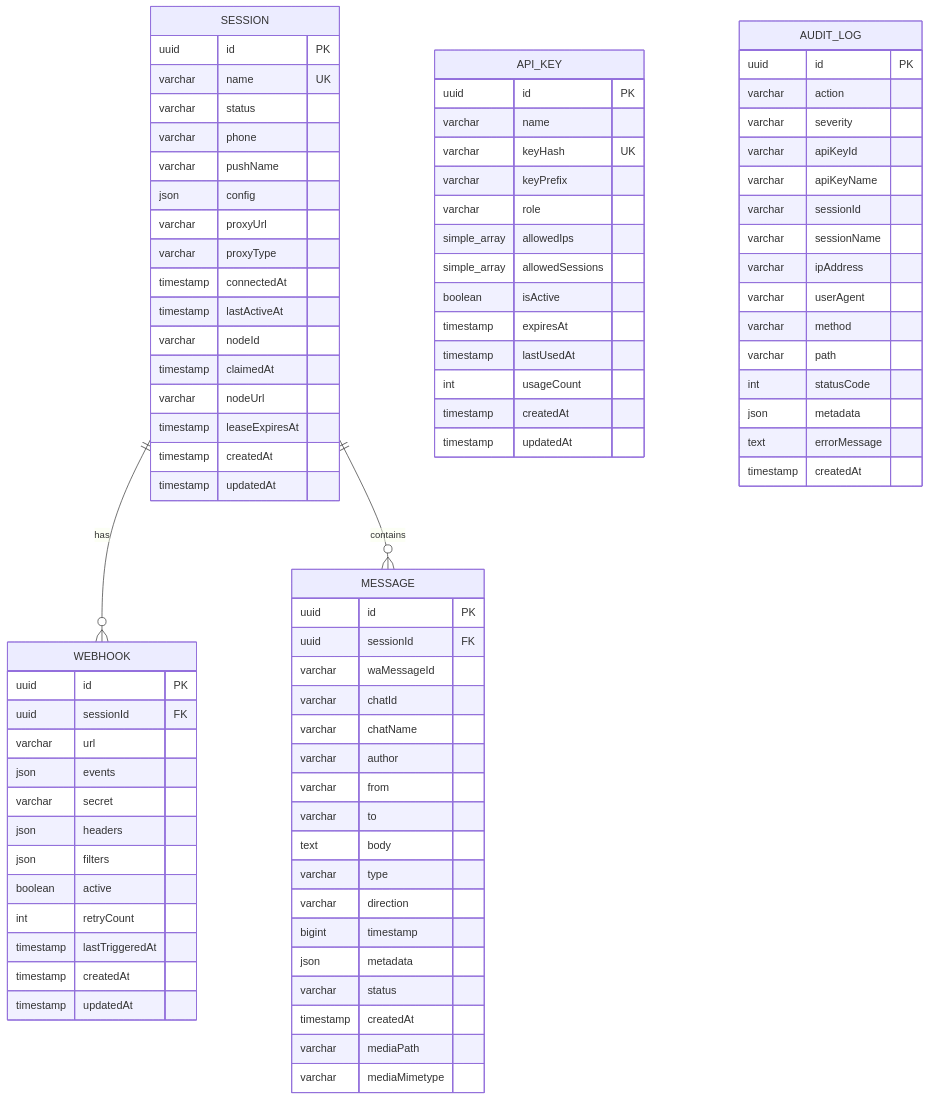
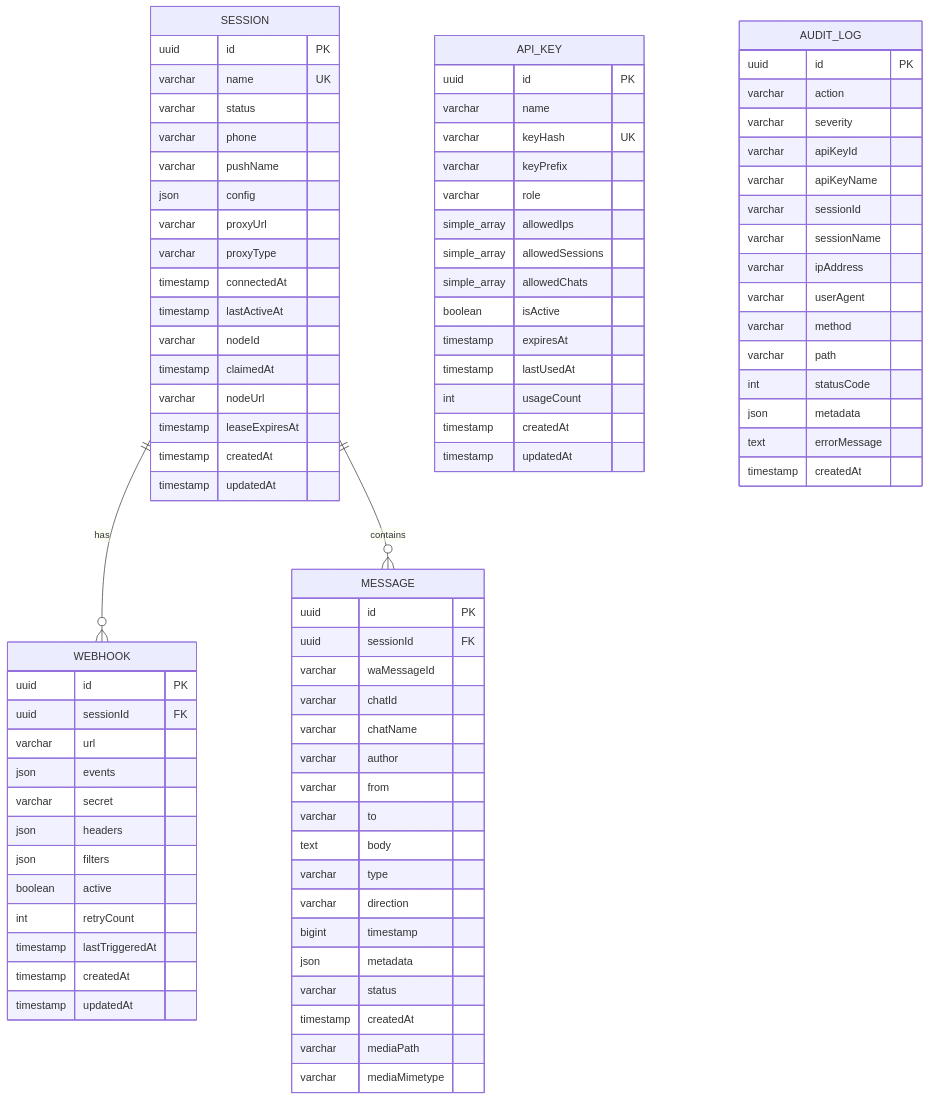
The first of 5 diagrams in docs/05-database-design.md (JJQUINTE/OpenWA), drawn with Mermaid before and after one commit. The commit also changed other lines of this file and 2 other files, not shown here.

First line of the commit message:
docs(auth): document allowedChats on API keys

```diff
--- a/docs/05-database-design.md
+++ b/docs/05-database-design.md
@@ -253,6 +253,7 @@
         varchar role
         simple_array allowedIps
         simple_array allowedSessions
+        simple_array allowedChats
         boolean isActive
         timestamp expiresAt
         timestamp lastUsedAt
```
